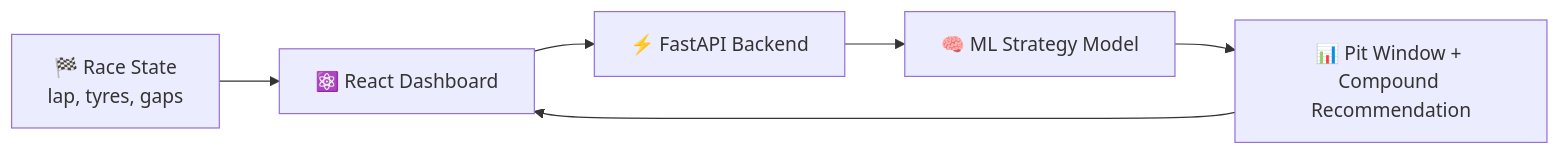
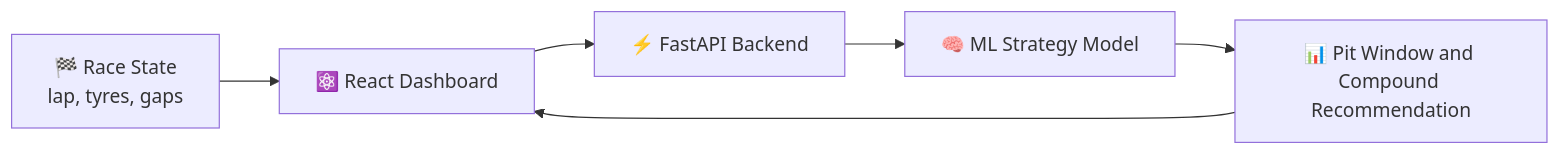
One commit to Eahiya/Eahiya changed the diagram in README.md. Above: the diagram before and after it, drawn with Mermaid. The commit also changed other lines of this file, not shown here.

````diff
--- a/README.md
+++ b/README.md
@@ -77,8 +122,8 @@
 ```mermaid
 flowchart LR
     A[🏁 Race State<br/>lap, tyres, gaps] --> B[⚛️ React Dashboard]
     B --> C[⚡ FastAPI Backend]
     C --> D[🧠 ML Strategy Model]
-    D --> E[📊 Pit Window + Compound Recommendation]
+    D --> E[📊 Pit Window and Compound Recommendation]
     E --> B
 ```
````
